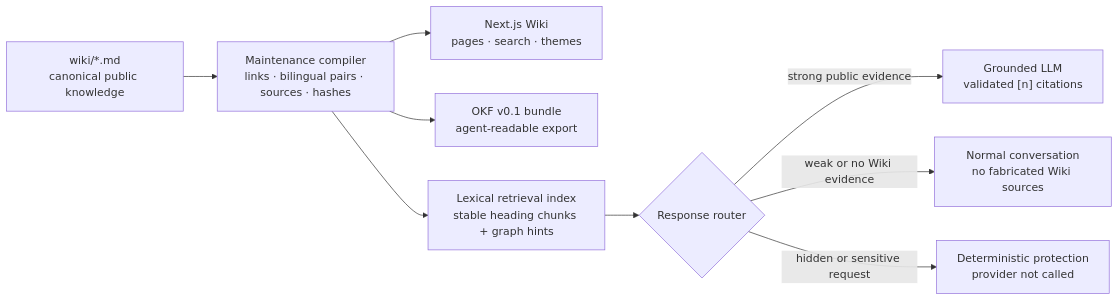
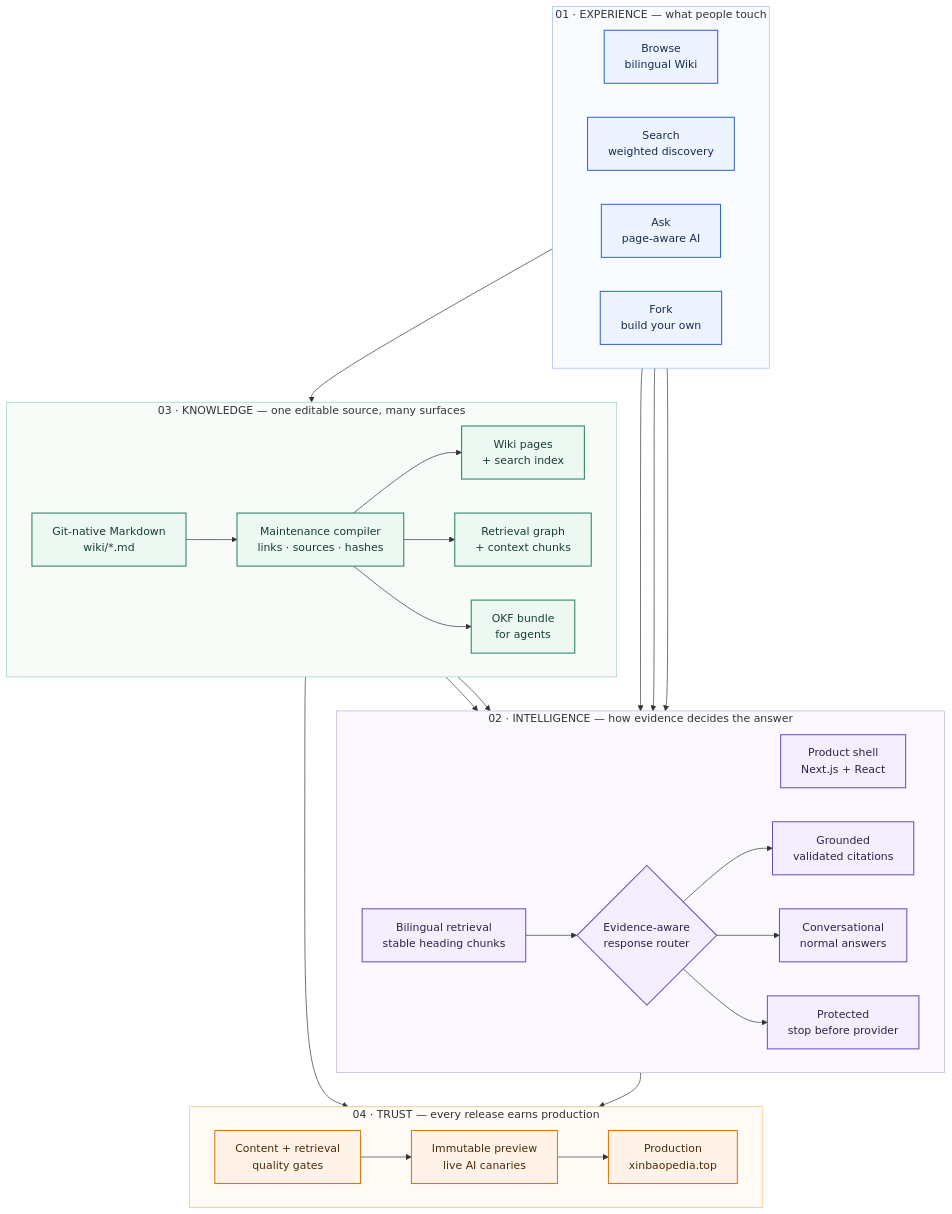
Before and after one commit to XinbaoQiao/XinbaoWiki: the diagram in README.md, drawn with Mermaid. The commit also changed other lines of this file, not shown here.

Commit message:
reframe README as a product landing page

```diff
--- a/README.md
+++ b/README.md
@@ -42,11 +75,69 @@
 ~~~mermaid
-flowchart LR
-  A["wiki/*.md<br/>canonical public knowledge"] --> B["Maintenance compiler<br/>links · bilingual pairs · sources · hashes"]
-  B --> C["Next.js Wiki<br/>pages · search · themes"]
-  B --> D["OKF v0.1 bundle<br/>agent-readable export"]
-  B --> E["Lexical retrieval index<br/>stable heading chunks + graph hints"]
-  E --> F{"Response router"}
-  F -->|strong public evidence| G["Grounded LLM<br/>validated [n] citations"]
-  F -->|weak or no Wiki evidence| H["Normal conversation<br/>no fabricated Wiki sources"]
-  F -->|hidden or sensitive request| I["Deterministic protection<br/>provider not called"]
+flowchart TB
+  subgraph EXPERIENCE["01 · EXPERIENCE — what people touch"]
+    direction LR
+    B["Browse<br/>bilingual Wiki"]
+    S["Search<br/>weighted discovery"]
+    A["Ask<br/>page-aware AI"]
+    F["Fork<br/>build your own"]
+  end
+
+  subgraph INTELLIGENCE["02 · INTELLIGENCE — how evidence decides the answer"]
+    direction LR
+    UI["Product shell<br/>Next.js + React"]
+    RET["Bilingual retrieval<br/>stable heading chunks"]
+    ROUTER{"Evidence-aware<br/>response router"}
+    G["Grounded<br/>validated citations"]
+    C["Conversational<br/>normal answers"]
+    P["Protected<br/>stop before provider"]
+    RET --> ROUTER
+    ROUTER --> G
+    ROUTER --> C
+    ROUTER --> P
+  end
+
+  subgraph KNOWLEDGE["03 · KNOWLEDGE — one editable source, many surfaces"]
+    direction LR
+    W["Git-native Markdown<br/>wiki/*.md"]
+    COMP["Maintenance compiler<br/>links · sources · hashes"]
+    PAGES["Wiki pages<br/>+ search index"]
+    CHUNKS["Retrieval graph<br/>+ context chunks"]
+    OKF["OKF bundle<br/>for agents"]
+    W --> COMP
+    COMP --> PAGES
+    COMP --> CHUNKS
+    COMP --> OKF
+  end
+
+  subgraph TRUST["04 · TRUST — every release earns production"]
+    direction LR
+    TESTS["Content + retrieval<br/>quality gates"]
+    PREVIEW["Immutable preview<br/>live AI canaries"]
+    PROD["Production<br/>xinbaopedia.top"]
+    TESTS --> PREVIEW --> PROD
+  end
+
+  B --> UI
+  S --> UI
+  A --> RET
+  F --> W
+  PAGES --> UI
+  CHUNKS --> RET
+  COMP --> TESTS
+  ROUTER --> TESTS
+
+  classDef experience fill:#eef4ff,stroke:#3366cc,color:#172b4d,stroke-width:1.5px;
+  classDef intelligence fill:#f4efff,stroke:#6b4fbb,color:#2f2147,stroke-width:1.5px;
+  classDef knowledge fill:#edf8f3,stroke:#2a7f62,color:#173f32,stroke-width:1.5px;
+  classDef trust fill:#fff3e8,stroke:#d97706,color:#4b2b08,stroke-width:1.5px;
+
+  class B,S,A,F experience;
+  class UI,RET,ROUTER,G,C,P intelligence;
+  class W,COMP,PAGES,CHUNKS,OKF knowledge;
+  class TESTS,PREVIEW,PROD trust;
+
+  style EXPERIENCE fill:#f8fbff,stroke:#9bbcf5,stroke-width:1px;
+  style INTELLIGENCE fill:#fbf9ff,stroke:#c5afe8,stroke-width:1px;
+  style KNOWLEDGE fill:#f7fcf9,stroke:#9bcdbb,stroke-width:1px;
+  style TRUST fill:#fffaf5,stroke:#f2bd83,stroke-width:1px;
 ~~~
```
